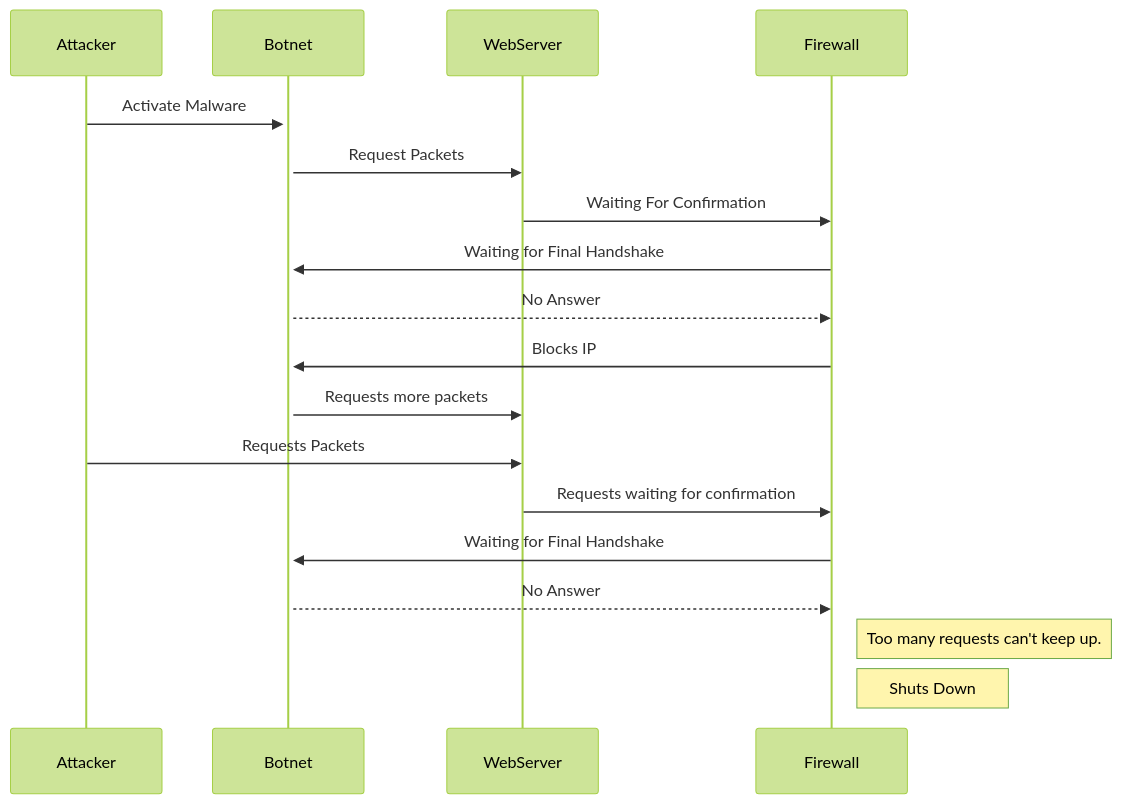
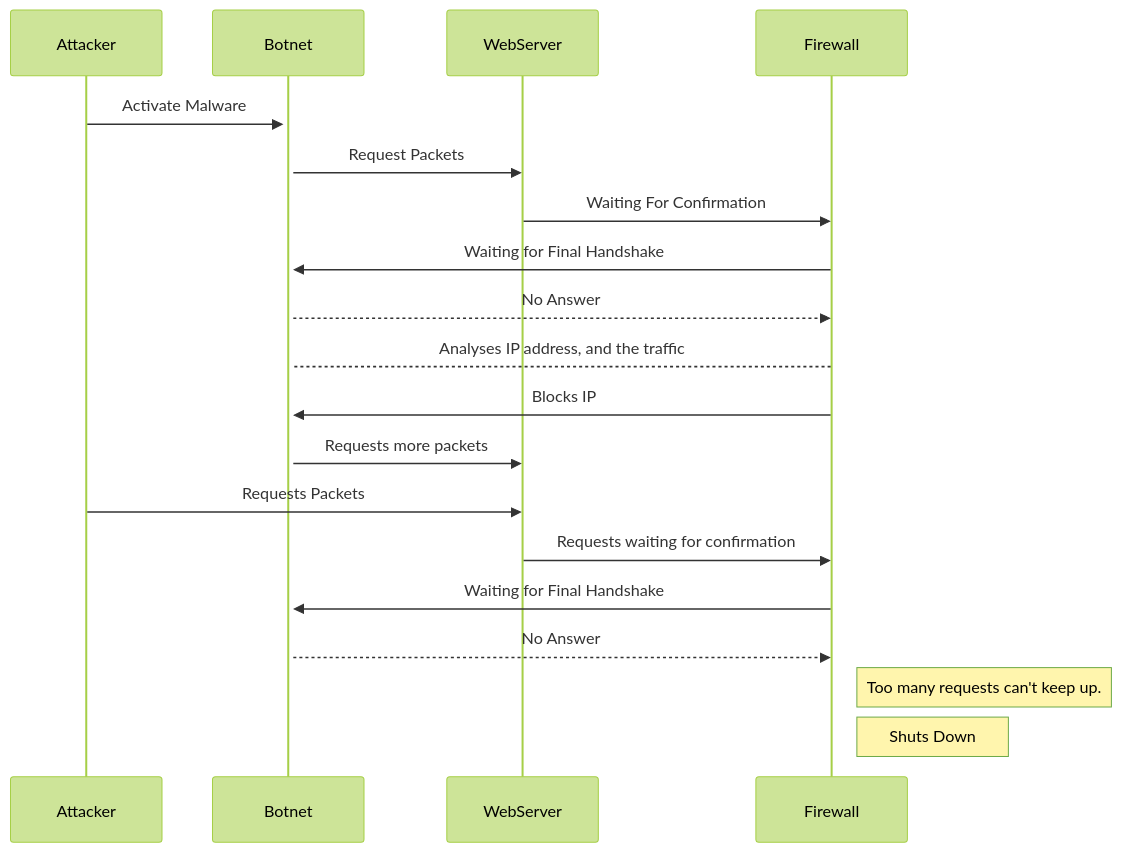
One commit to lfluarte/lfluarte.github.io changed the diagram in DDoS_Attack_Sequence.md. Above: the diagram before and after it, drawn with Mermaid (forest theme). The commit also changed other lines of this file, not shown here.

````diff
--- a/DDoS_Attack_Sequence.md
+++ b/DDoS_Attack_Sequence.md
@@ -2,20 +2,21 @@
 ```mermaid 
 sequenceDiagram
 participant Attacker
 participant Botnet
 participant WebServer
 participant Firewall
 Attacker->>+Botnet: Activate Malware
 Botnet->>WebServer: Request Packets
 WebServer->>Firewall: Waiting For Confirmation
 Firewall->>Botnet: Waiting for Final Handshake
 Botnet-->>Firewall: No Answer
+Firewall-->Botnet: Analyses IP address, and the traffic
 Firewall->>Botnet: Blocks IP 
 Botnet->>WebServer: Requests more packets
 Attacker->>WebServer: Requests Packets
 WebServer->>Firewall: Requests waiting for confirmation
 Firewall->>Botnet: Waiting for Final Handshake
 Botnet-->>Firewall: No Answer
 Note Right of Firewall: Too many requests can't keep up.
 Note Right of Firewall: Shuts Down
 ```
````
